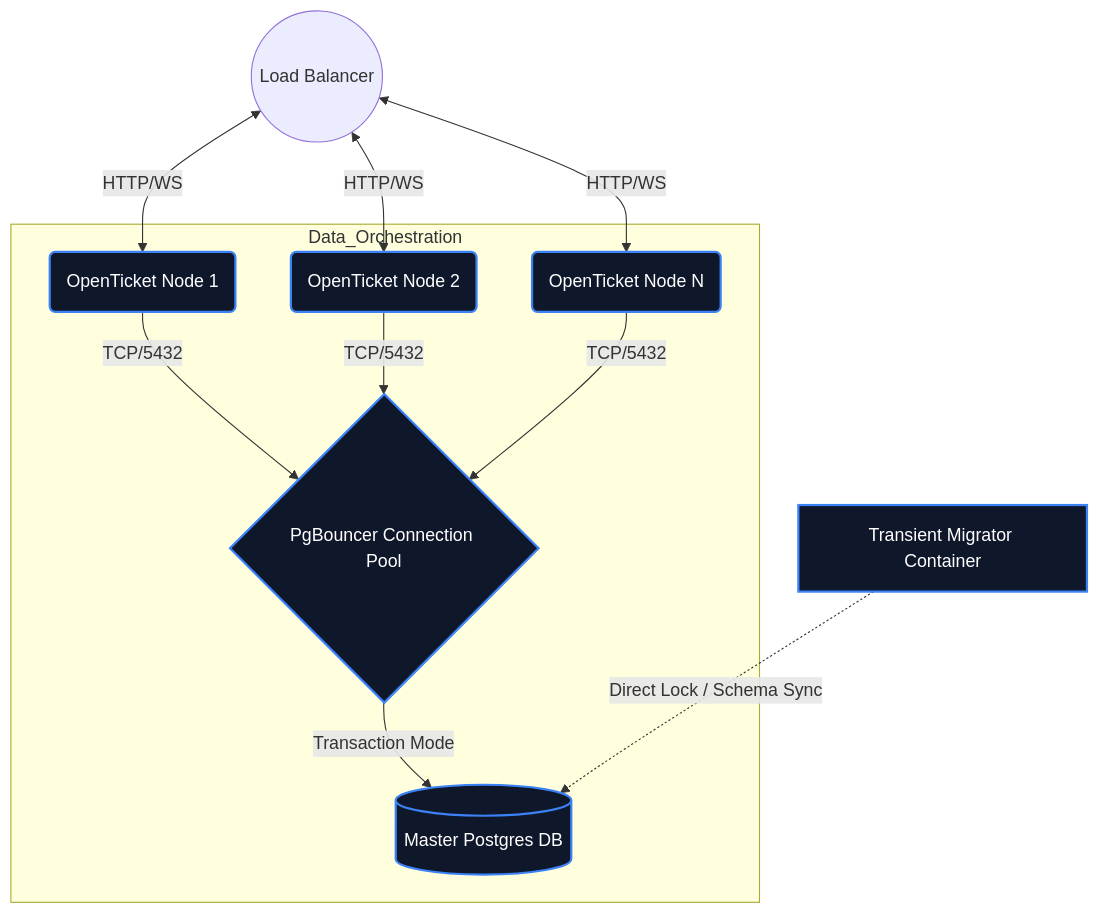
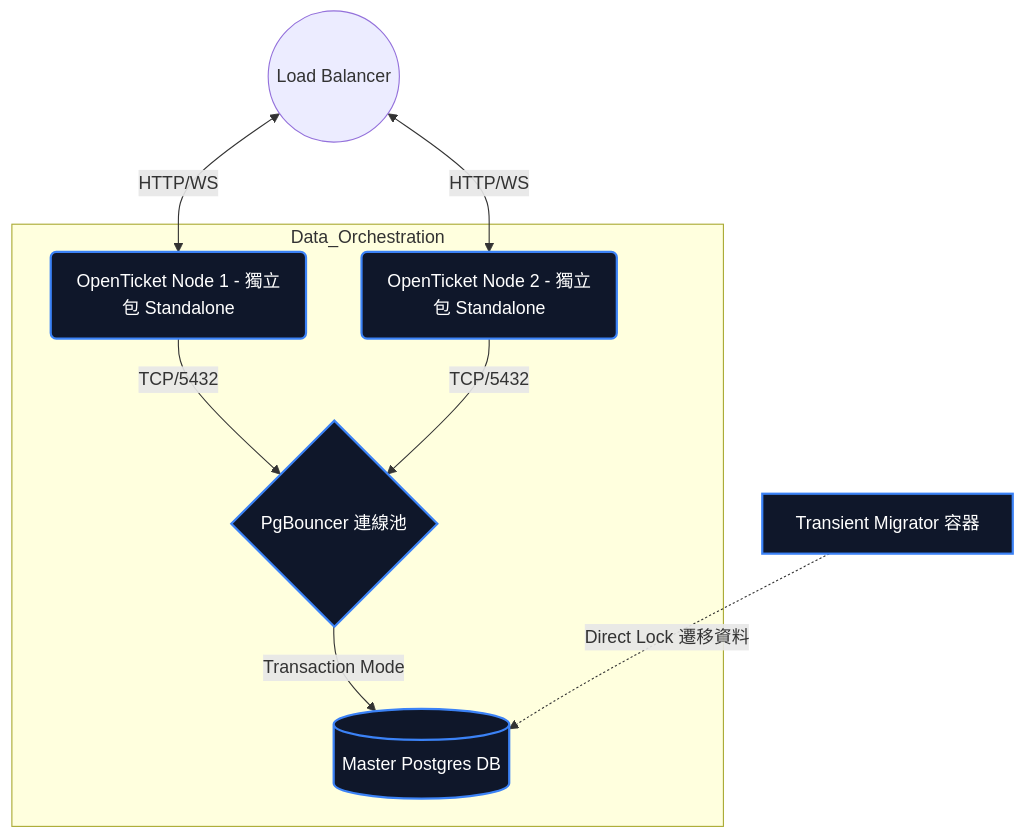
Before and after one commit to Cyber-Sec-Space/openticket: the sixth of 7 diagrams in docs/ARCHITECTURE.zh-TW.md, drawn with Mermaid. The commit also changed other lines of this file and 1 other file, not shown here.

Commit message:
docs: Sync architecture documentation with v1.0.0-rc.1 source code

````diff
--- a/docs/ARCHITECTURE.zh-TW.md
+++ b/docs/ARCHITECTURE.zh-TW.md
@@ -186,18 +185,16 @@
 ```mermaid
 graph TD
-    ClientLoadBalancer((Load Balancer)) <-->|HTTP/WS| Web1(OpenTicket Node 1)
-    ClientLoadBalancer <-->|HTTP/WS| Web2(OpenTicket Node 2)
-    ClientLoadBalancer <-->|HTTP/WS| Web3(OpenTicket Node N)
+    ClientLoadBalancer((Load Balancer)) <-->|HTTP/WS| Web1(OpenTicket Node 1 - 獨立包 Standalone)
+    ClientLoadBalancer <-->|HTTP/WS| Web2(OpenTicket Node 2 - 獨立包 Standalone)
     
     subgraph Data_Orchestration
-        Web1 -->|TCP/5432| PgBouncer{PgBouncer Connection Pool}
+        Web1 -->|TCP/5432| PgBouncer{PgBouncer 連線池}
         Web2 -->|TCP/5432| PgBouncer
-        Web3 -->|TCP/5432| PgBouncer
         PgBouncer -->|Transaction Mode| Postgres[(Master Postgres DB)]
     end
     
-    Migrator[Transient Migrator Container] -.->|Direct Lock / Schema Sync| Postgres
+    Migrator[Transient Migrator 容器] -.->|Direct Lock 遷移資料| Postgres
 
     classDef container fill:#0f172a,stroke:#3b82f6,stroke-width:2px,color:#fff;
-    class Web1,Web2,Web3,PgBouncer,Migrator,Postgres container;
+    class Web1,Web2,PgBouncer,Migrator,Postgres container;
 ```
````
